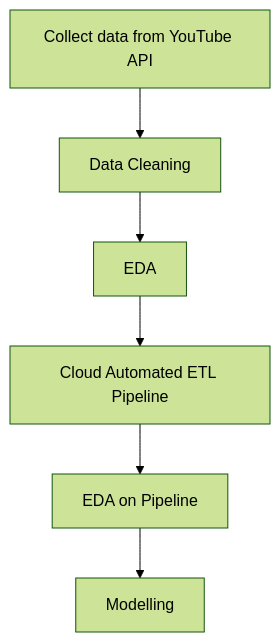
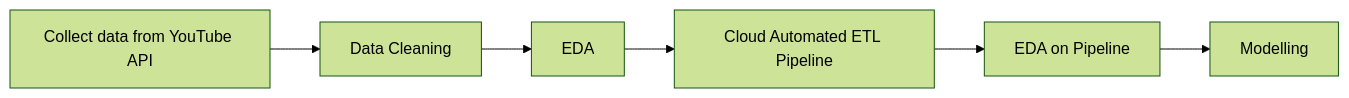
The first of 2 diagrams in README.md (LHide14/YouTube-Analytics), drawn with Mermaid (forest theme) before and after one commit.

````diff
--- a/README.md
+++ b/README.md
@@ -57,4 +57,4 @@
 ```mermaid
-flowchart TD;
+flowchart LR;
   A[Collect data from YouTube API] --> B[Data Cleaning] --> C[EDA] --> D[Cloud Automated ETL Pipeline] --> E[EDA on Pipeline] --> F[Modelling];
 ```
````
